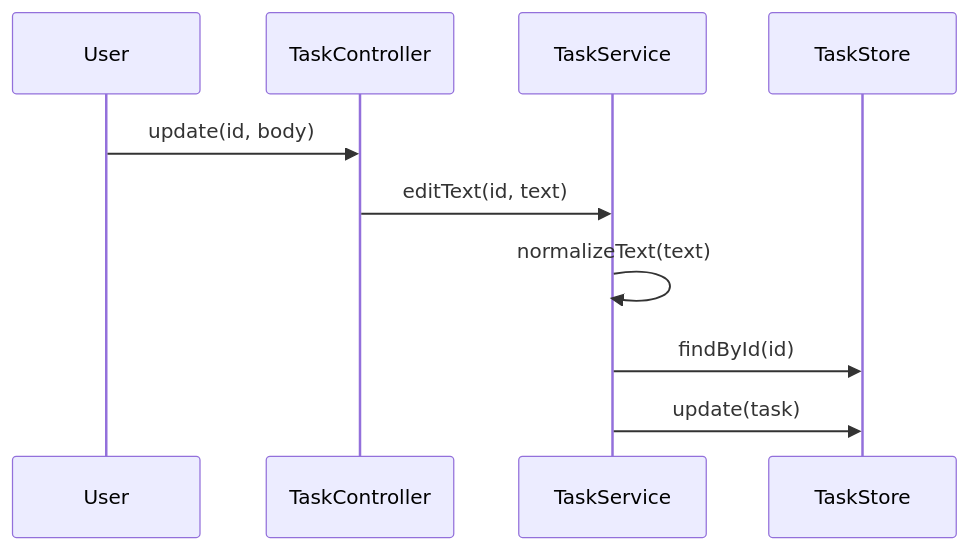
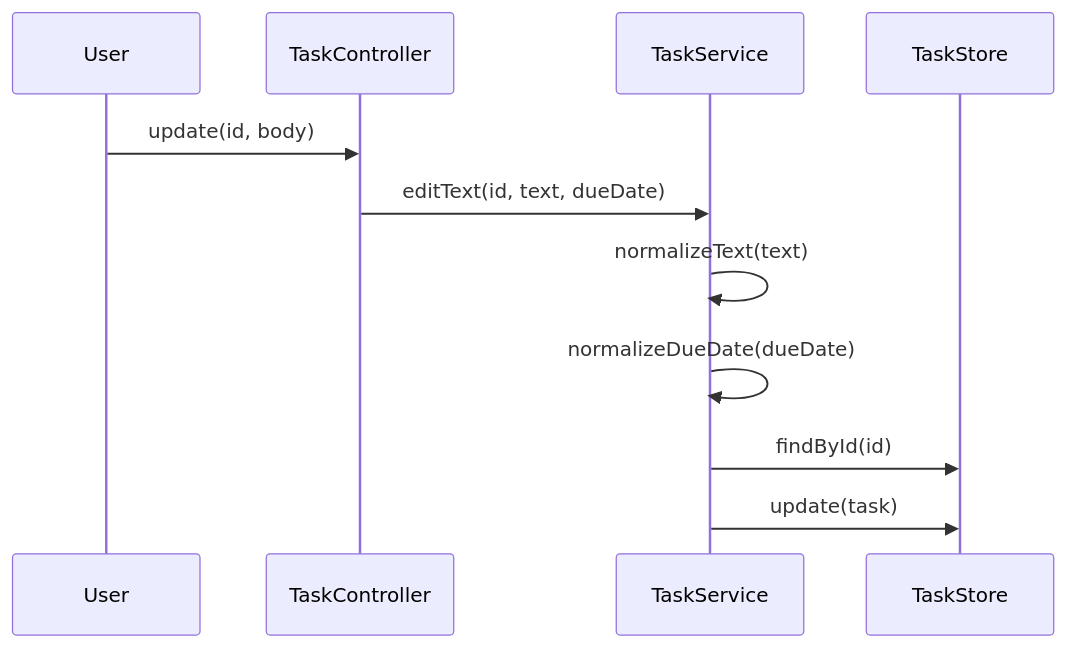
Before and after one commit to Benjam1nP/AISE: the sixth of 8 diagrams in showcases/todo/docs/design.md, drawn with Mermaid. The commit also changed other lines of this file and 74 other files, not shown here.

Commit message:
showcase todo: P7 ticket TCK-001 due date, closed with change report; evidence and changelog

````diff
--- a/showcases/todo/docs/design.md
+++ b/showcases/todo/docs/design.md
@@ -117,12 +128,13 @@
 ```mermaid
 sequenceDiagram
   participant ACT_001 as User
   participant DSN_006 as TaskController
   participant DSN_007 as TaskService
   participant DSN_008 as TaskStore
   ACT_001->>DSN_006: update(id, body)
-  DSN_006->>DSN_007: editText(id, text)
+  DSN_006->>DSN_007: editText(id, text, dueDate)
   DSN_007->>DSN_007: normalizeText(text)
+  DSN_007->>DSN_007: normalizeDueDate(dueDate)
   DSN_007->>DSN_008: findById(id)
   DSN_007->>DSN_008: update(task)
 ```
````
